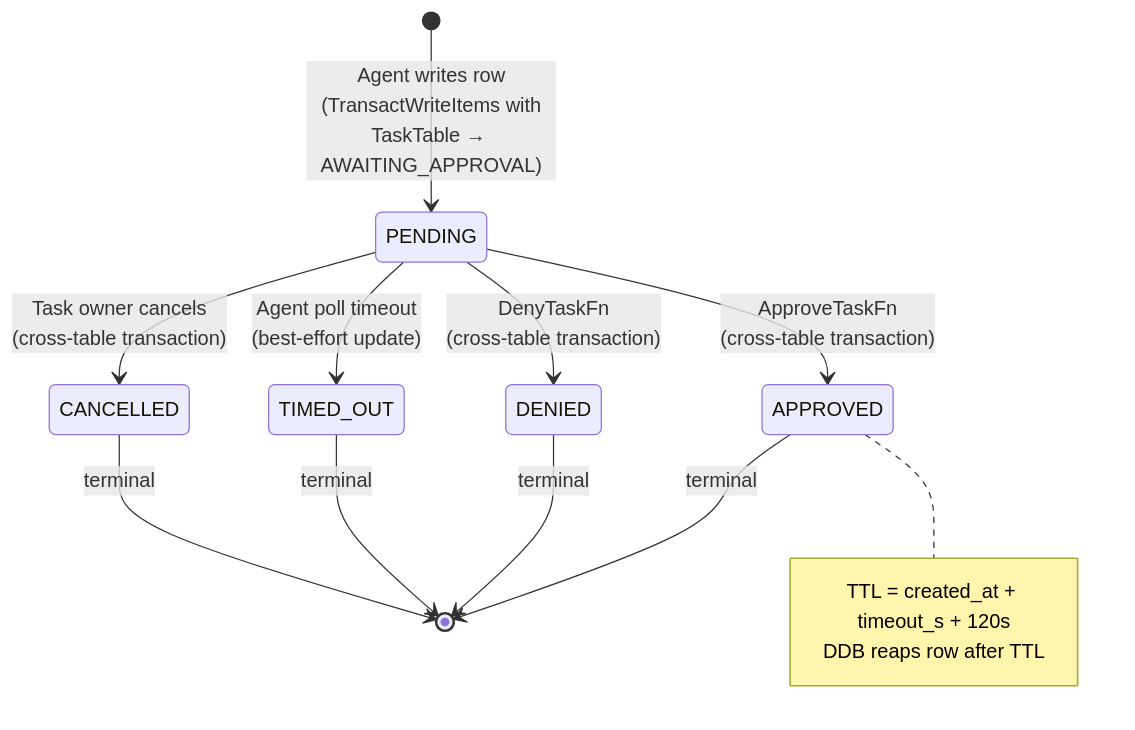
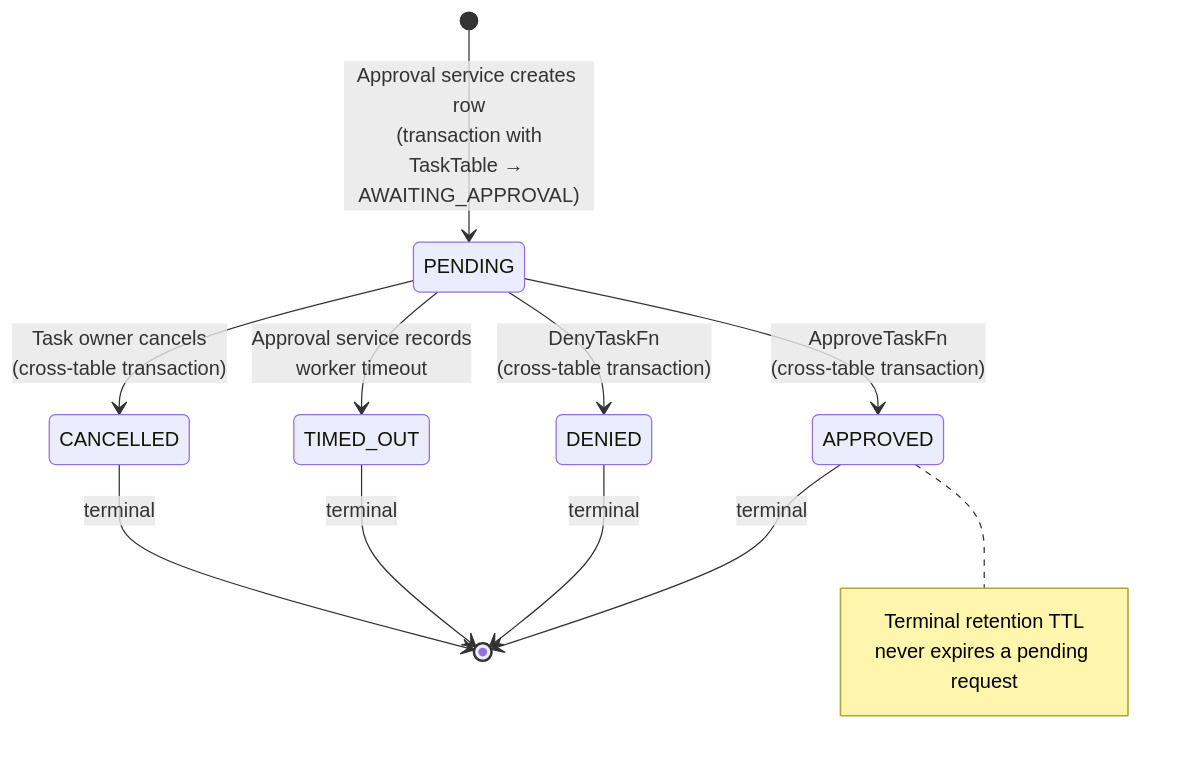
Before and after one commit to aws-samples/sample-autonomous-cloud-coding-agents: the third of 6 diagrams in docs/design/CEDAR_HITL_GATES.md, drawn with Mermaid. The commit also changed other lines of this file and 23 other files, not shown here.

Commit message:
fix(approvals): move worker writes behind a task-scoped trusted service

````diff
--- a/docs/design/CEDAR_HITL_GATES.md
+++ b/docs/design/CEDAR_HITL_GATES.md
@@ -1312,16 +1315,16 @@
 ```mermaid
 stateDiagram-v2
-    [*] --> PENDING: Agent writes row<br/>(TransactWriteItems with<br/>TaskTable → AWAITING_APPROVAL)
+    [*] --> PENDING: Approval service creates row<br/>(transaction with<br/>TaskTable → AWAITING_APPROVAL)
     PENDING --> APPROVED: ApproveTaskFn<br/>(cross-table transaction)
     PENDING --> DENIED: DenyTaskFn<br/>(cross-table transaction)
-    PENDING --> TIMED_OUT: Agent poll timeout<br/>(best-effort update)
+    PENDING --> TIMED_OUT: Approval service records<br/>worker timeout
     PENDING --> CANCELLED: Task owner cancels<br/>(cross-table transaction)
     APPROVED --> [*]: terminal
     DENIED --> [*]: terminal
     TIMED_OUT --> [*]: terminal
     CANCELLED --> [*]: terminal
     note right of APPROVED
-        TTL = created_at + timeout_s + 120s
-        DDB reaps row after TTL
+        Terminal retention TTL
+        never expires a pending request
     end note
 ```
````
